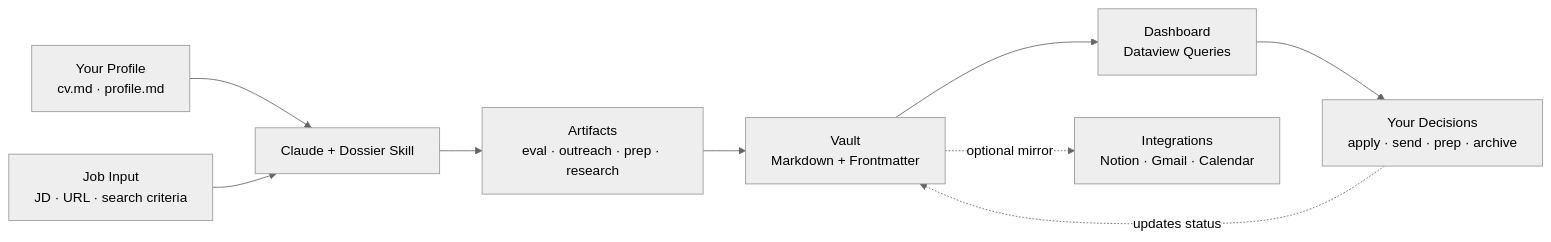
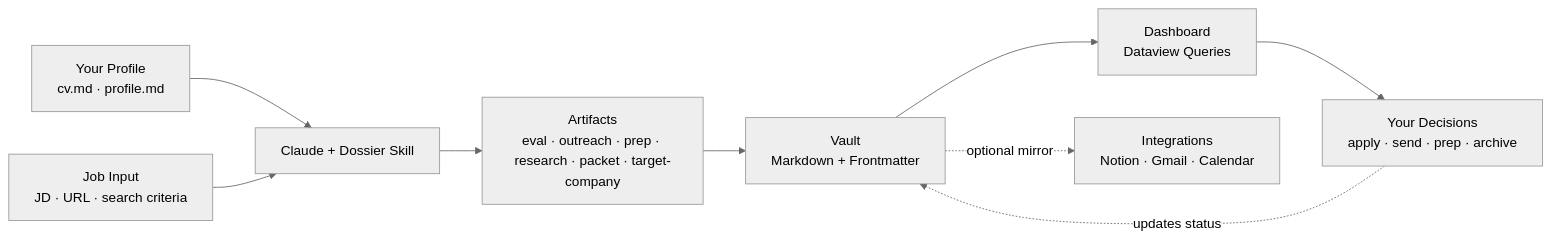
One commit to markmcgrath/Dossier changed the diagram in README.md. Above: the diagram before and after it, drawn with Mermaid (neutral theme). The commit also changed other lines of this file and 8 other files, not shown here.

````diff
--- a/README.md
+++ b/README.md
@@ -31,11 +31,11 @@
 ```mermaid
 flowchart LR
     P[Your Profile<br/>cv.md · profile.md] --> S[Claude + Dossier Skill]
     J[Job Input<br/>JD · URL · search criteria] --> S
-    S --> A[Artifacts<br/>eval · outreach · prep · research]
+    S --> A[Artifacts<br/>eval · outreach · prep · research · packet · target-company]
     A --> V[Vault<br/>Markdown + Frontmatter]
     V --> D[Dashboard<br/>Dataview Queries]
     D --> U[Your Decisions<br/>apply · send · prep · archive]
     U -.->|updates status| V
     V -.->|optional mirror| I[Integrations<br/>Notion · Gmail · Calendar]
 ```
````
